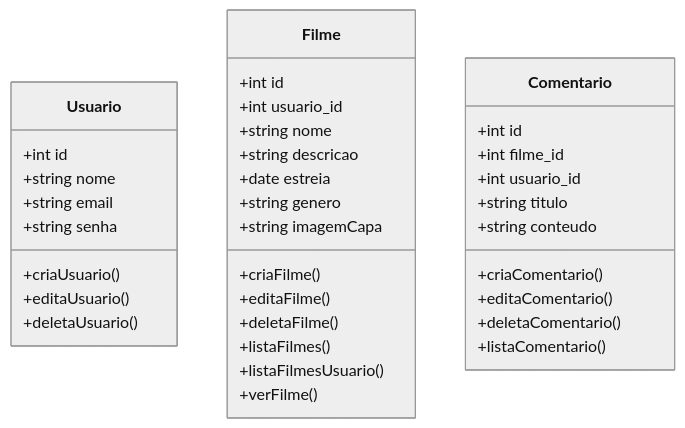
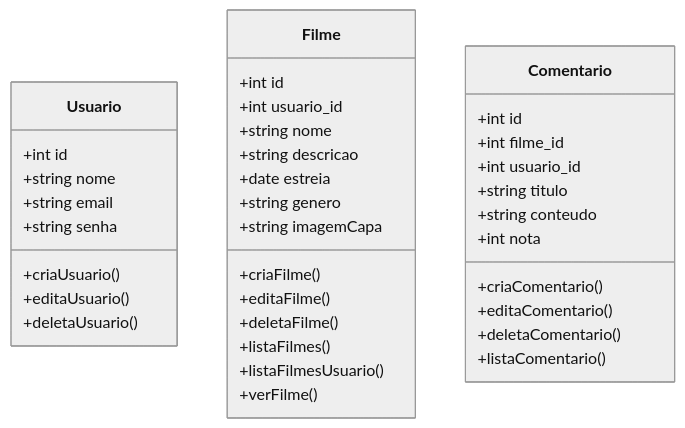
Before and after one commit to IgorOliverx/gerenciamento-filmes: the second of 6 diagrams in README.md, drawn with Mermaid (neutral theme).

````diff
--- a/README.md
+++ b/README.md
@@ -104,40 +104,41 @@
 ```mermaid
     classDiagram
         class Usuario {
             +int id
             +string nome
             +string email
             +string senha
             +criaUsuario()
             +editaUsuario()
             +deletaUsuario()
         }
 
         class Filme {
             +int id
             +int usuario_id
             +string nome
             +string descricao
             +date estreia
             +string genero
             +string imagemCapa
             +criaFilme()
             +editaFilme()
             +deletaFilme()
             +listaFilmes()
             +listaFilmesUsuario()
             +verFilme()
         }
 
         class Comentario {
             +int id
             +int filme_id
             +int usuario_id
             +string titulo
             +string conteudo
+            +int nota
             +criaComentario()
             +editaComentario()
             +deletaComentario()
             +listaComentario()
         }
 ```
````
